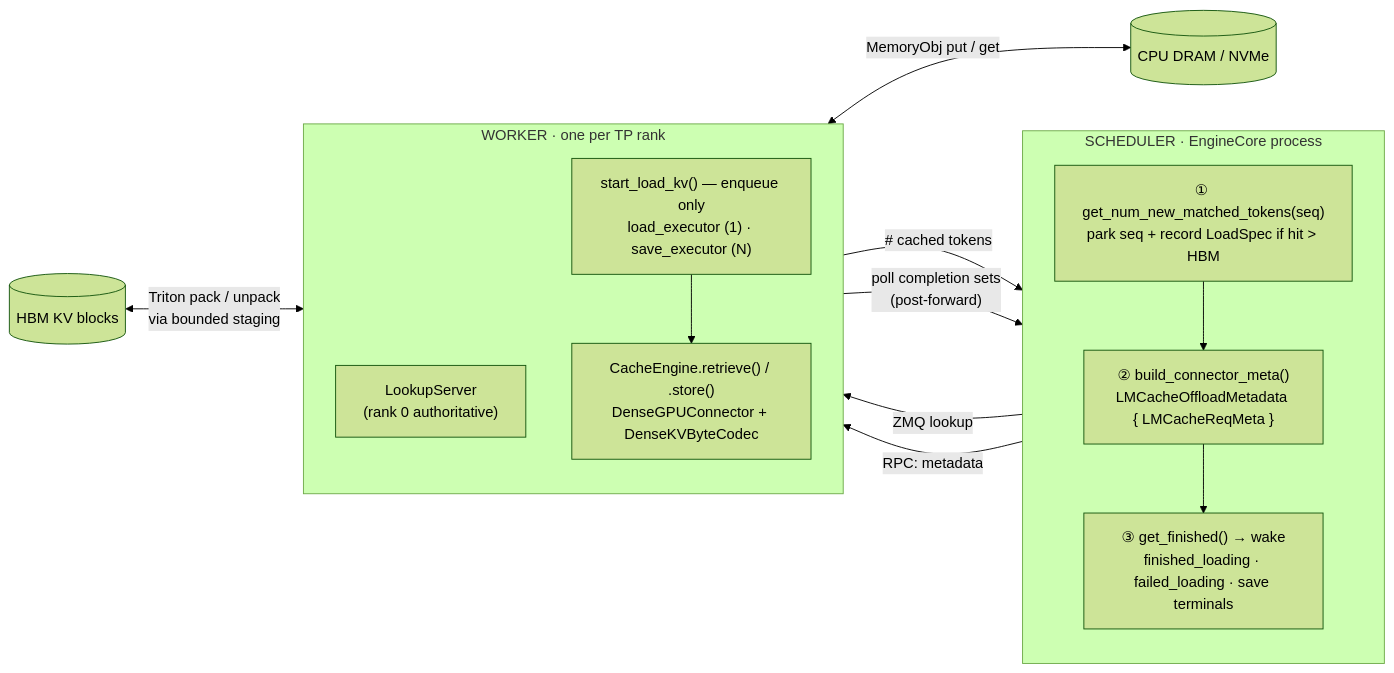
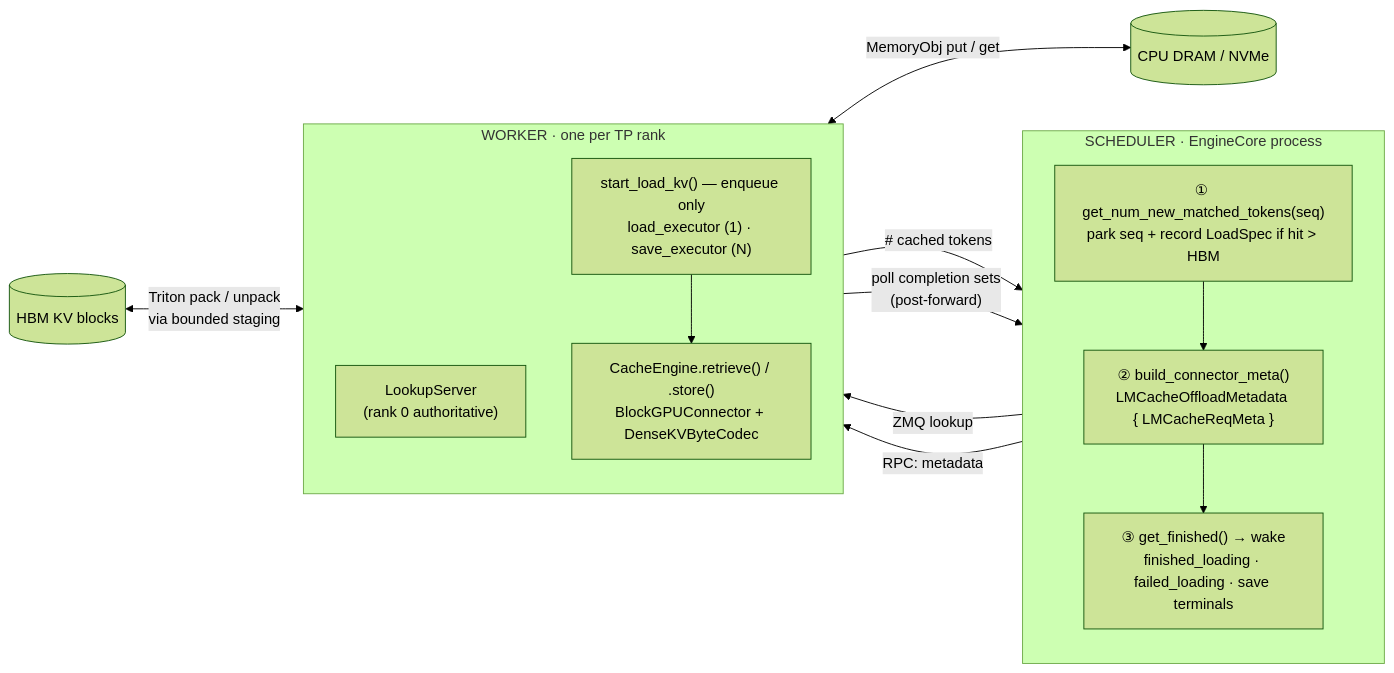
One commit to ROCm/ATOM changed the first of 4 diagrams in atom/kv_transfer/offload/README.md. Above: the diagram before and after it, drawn with Mermaid (forest theme). The commit also changed other lines of this file and 34 other files, not shown here.

````diff
--- a/atom/kv_transfer/offload/README.md
+++ b/atom/kv_transfer/offload/README.md
@@ -93,28 +86,28 @@
 ```mermaid
 flowchart LR
     subgraph SCHED["SCHEDULER · EngineCore process"]
         direction TB
         S1["① get_num_new_matched_tokens(seq)<br/>park seq + record LoadSpec if hit &gt; HBM"]
         S2["② build_connector_meta()<br/>LMCacheOffloadMetadata { LMCacheReqMeta }"]
         S3["③ get_finished() → wake<br/>finished_loading · failed_loading · save terminals"]
         S1 --> S2 --> S3
     end
 
     subgraph WORK["WORKER · one per TP rank"]
         direction TB
         LK["LookupServer<br/>(rank 0 authoritative)"]
         SL["start_load_kv() — enqueue only<br/>load_executor (1) · save_executor (N)"]
-        CE["CacheEngine.retrieve() / .store()<br/>DenseGPUConnector + DenseKVByteCodec"]
+        CE["CacheEngine.retrieve() / .store()<br/>BlockGPUConnector + DenseKVByteCodec"]
         SL --> CE
     end
 
     TIER[("CPU DRAM / NVMe")]
     HBM[("HBM KV blocks")]
 
     S1 -- "ZMQ lookup" --> LK
     LK -- "# cached tokens" --> S1
     S2 -- "RPC: metadata" --> SL
     CE -- "poll completion sets<br/>(post-forward)" --> S3
     HBM <-- "Triton pack / unpack<br/>via bounded staging" --> CE
     CE <-- "MemoryObj put / get" --> TIER
 ```
````
